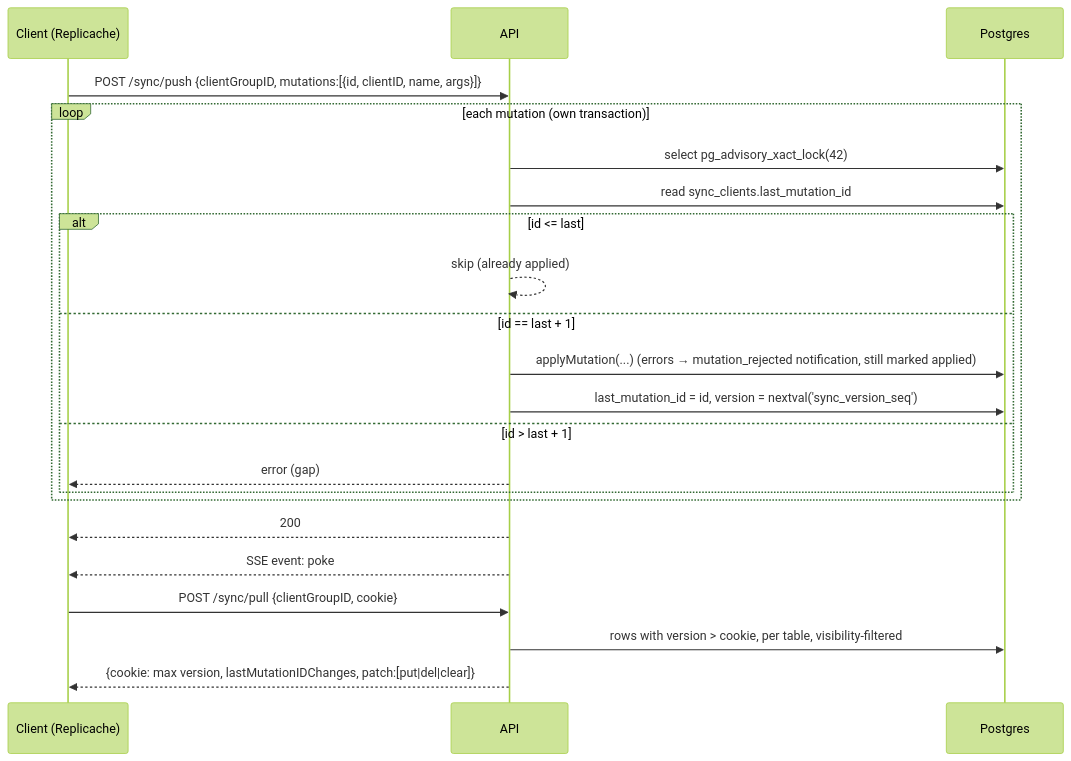
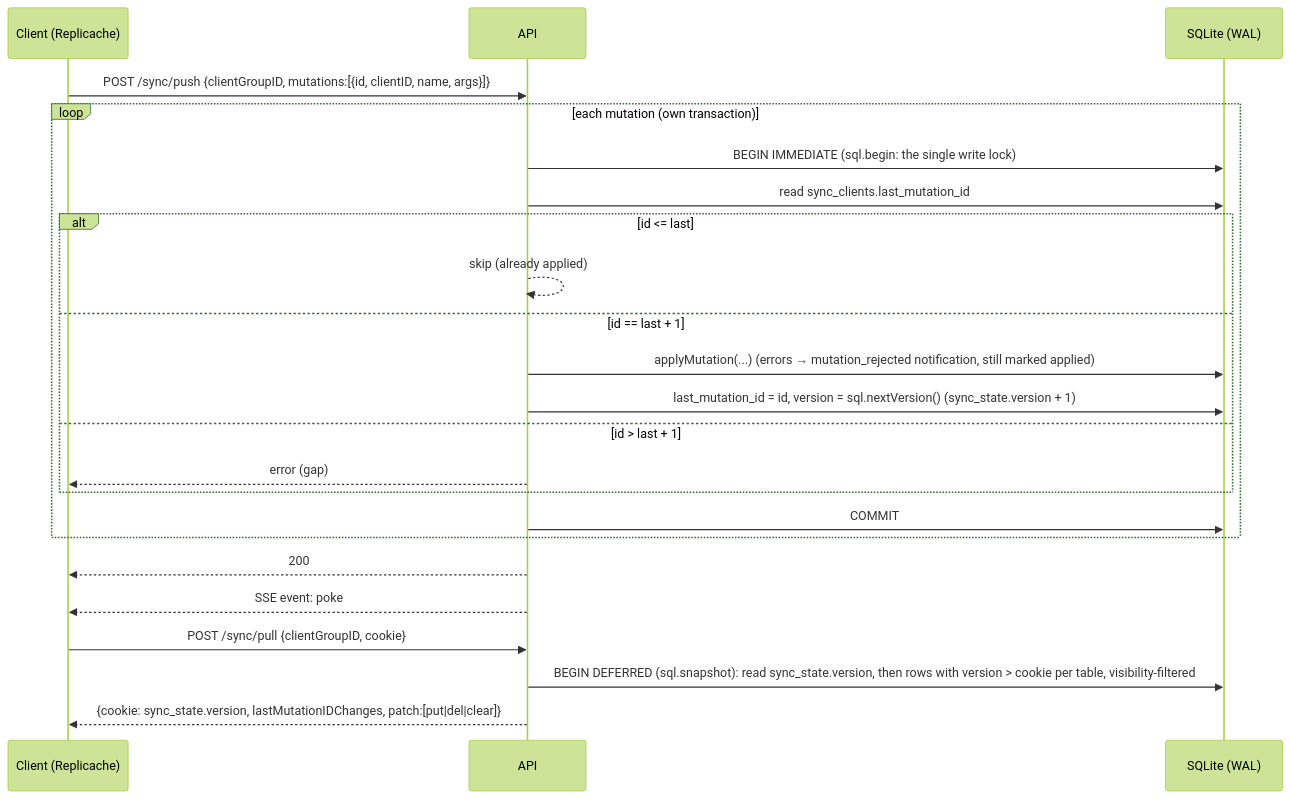
The second of 3 diagrams in docs/02-design.md (jamjorf/pm-tool), drawn with Mermaid (forest theme) before and after one commit. The commit also changed other lines of this file and 36 other files, not shown here.

````diff
--- a/docs/02-design.md
+++ b/docs/02-design.md
@@ -393,24 +415,25 @@
 ```mermaid
 sequenceDiagram
     participant C as Client (Replicache)
     participant S as API
-    participant DB as Postgres
+    participant DB as SQLite (WAL)
     C->>S: POST /sync/push {clientGroupID, mutations:[{id, clientID, name, args}]}
     loop each mutation (own transaction)
-        S->>DB: select pg_advisory_xact_lock(42)
+        S->>DB: BEGIN IMMEDIATE (sql.begin: the single write lock)
         S->>DB: read sync_clients.last_mutation_id
         alt id <= last
             S-->>S: skip (already applied)
         else id == last + 1
             S->>DB: applyMutation(...) (errors → mutation_rejected notification, still marked applied)
-            S->>DB: last_mutation_id = id, version = nextval('sync_version_seq')
+            S->>DB: last_mutation_id = id, version = sql.nextVersion() (sync_state.version + 1)
         else id > last + 1
             S-->>C: error (gap)
         end
+        S->>DB: COMMIT
     end
     S-->>C: 200
     S-->>C: SSE event: poke
     C->>S: POST /sync/pull {clientGroupID, cookie}
-    S->>DB: rows with version > cookie, per table, visibility-filtered
-    S-->>C: {cookie: max version, lastMutationIDChanges, patch:[put|del|clear]}
+    S->>DB: BEGIN DEFERRED (sql.snapshot): read sync_state.version, then rows with version > cookie per table, visibility-filtered
+    S-->>C: {cookie: sync_state.version, lastMutationIDChanges, patch:[put|del|clear]}
 ```
````
